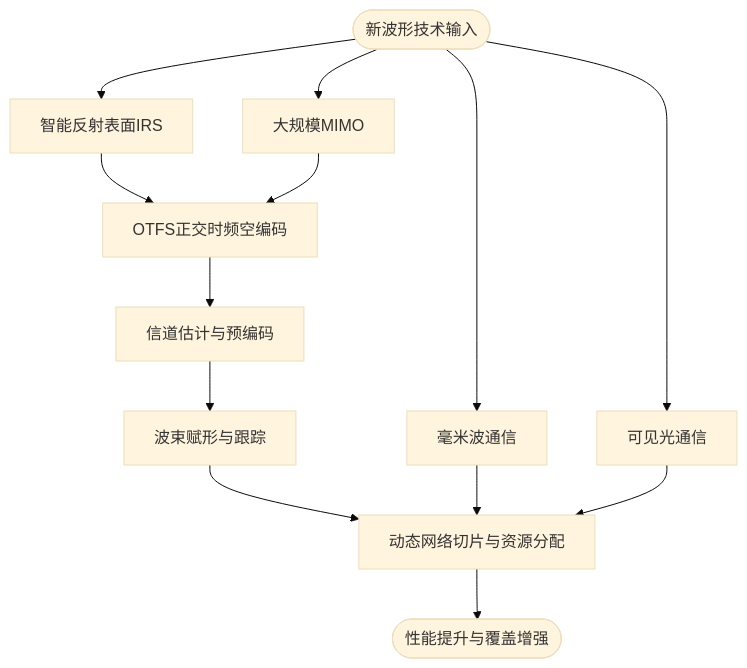
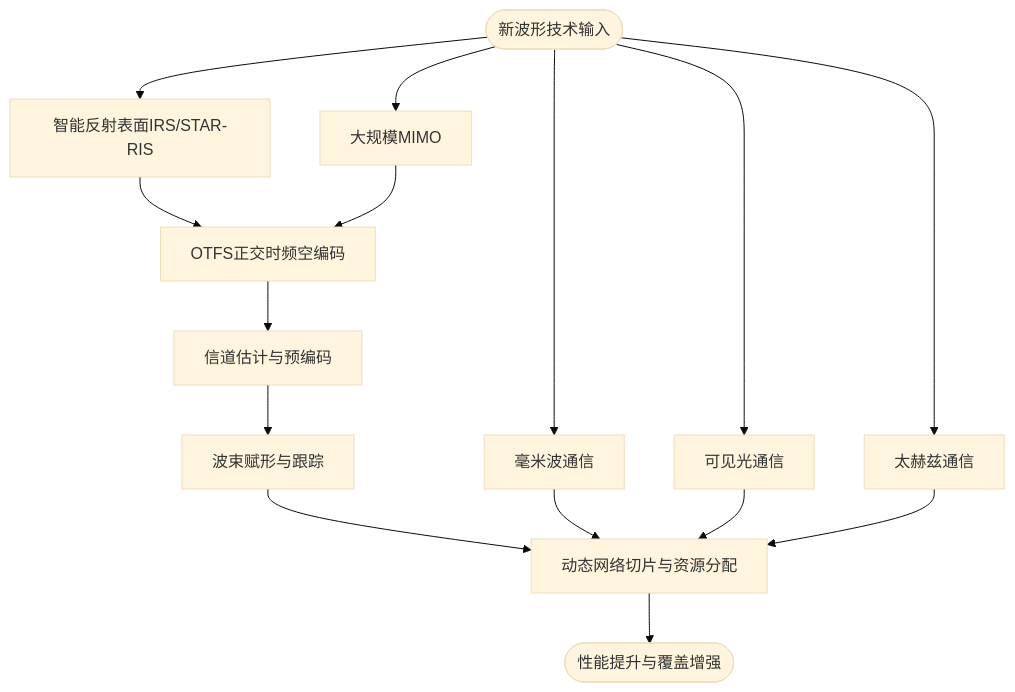
Before and after one commit to allengaller/oran-database: the third of 7 diagrams in .qoder/repowiki/zh/content/未来发展/研究前沿动态/研究前沿动态.md, drawn with Mermaid (base theme). The commit also changed other lines of this file and 32 other files, not shown here.

````diff
--- a/.qoder/repowiki/zh/content/未来发展/研究前沿动态/研究前沿动态.md
+++ b/.qoder/repowiki/zh/content/未来发展/研究前沿动态/研究前沿动态.md
@@ -165,15 +201,17 @@
 ```mermaid
 flowchart TD
-Start(["新波形技术输入"]) --> IRS["智能反射表面IRS"]
+Start(["新波形技术输入"]) --> IRS["智能反射表面IRS/STAR-RIS"]
 Start --> MIMO["大规模MIMO"]
 Start --> MMW["毫米波通信"]
 Start --> VLC["可见光通信"]
+Start --> THZ["太赫兹通信"]
 IRS --> OTFS["OTFS正交时频空编码"]
 MIMO --> OTFS
 OTFS --> RF["信道估计与预编码"]
 RF --> Beam["波束赋形与跟踪"]
 Beam --> Slice["动态网络切片与资源分配"]
 MMW --> Slice
 VLC --> Slice
+THZ --> Slice
 Slice --> End(["性能提升与覆盖增强"])
 ```
````
